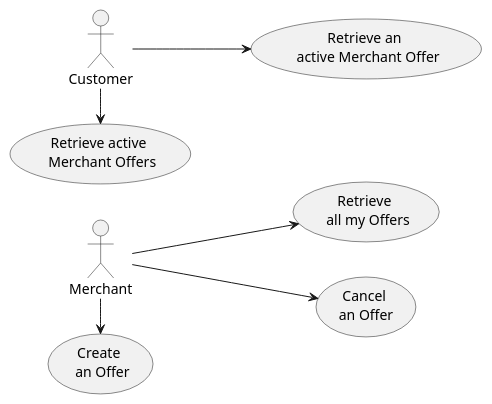
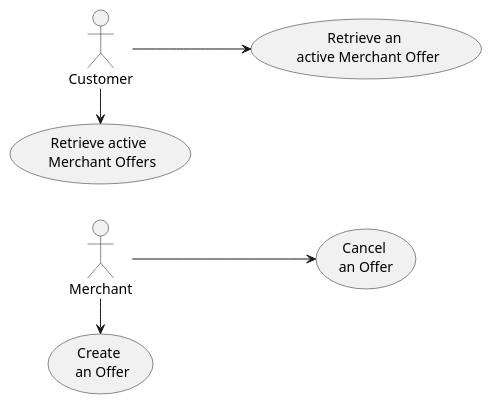
The diagram in docs/use-case-overview.plantuml (halljon/offer-example), drawn with PlantUML before and after one commit. The commit also changed 10 other files, not shown here.

```diff
--- a/docs/use-case-overview.plantuml
+++ b/docs/use-case-overview.plantuml
@@ -1,11 +1,10 @@
 @startuml
 left to right direction
 
 Merchant -> (Create \n an Offer)
-Merchant --> (Retrieve \n all my Offers)
 Merchant --> (Cancel \nan Offer)
 
 
 Customer -> (Retrieve active \n Merchant Offers)
 Customer --> (Retrieve an \n active Merchant Offer)
 @enduml
```
